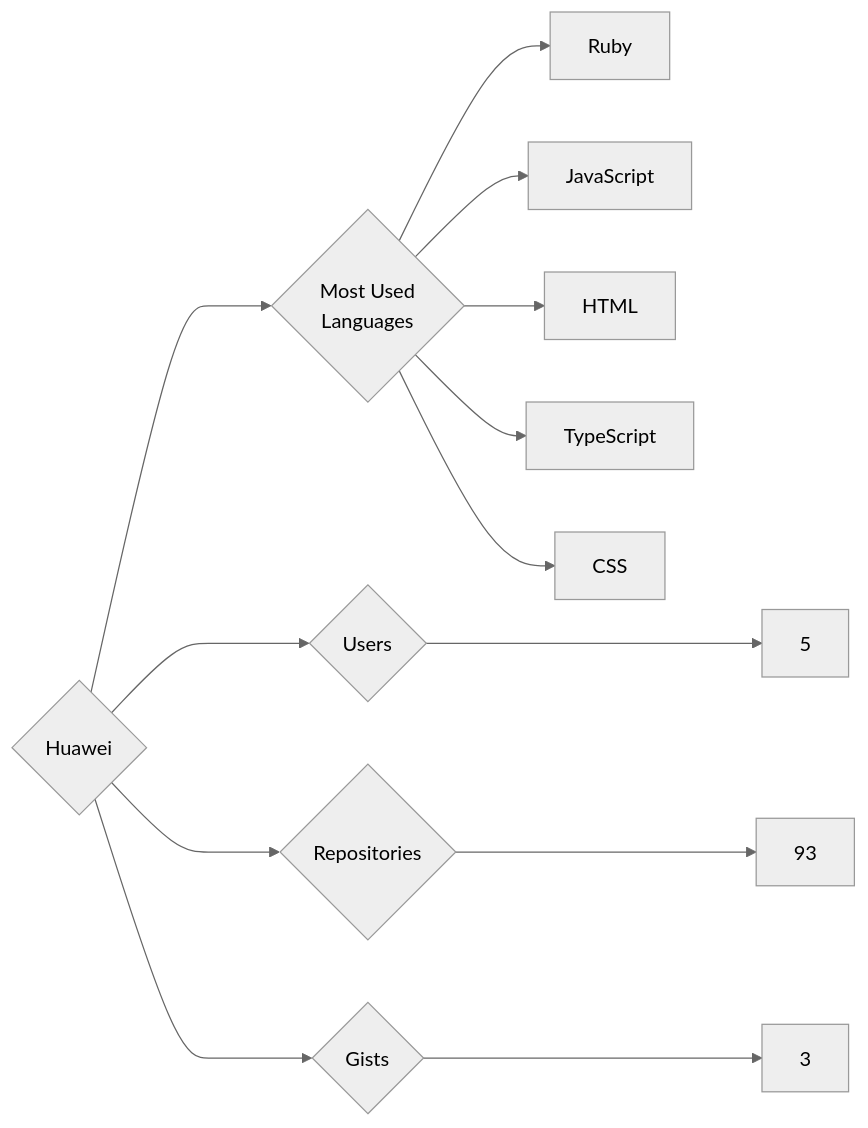
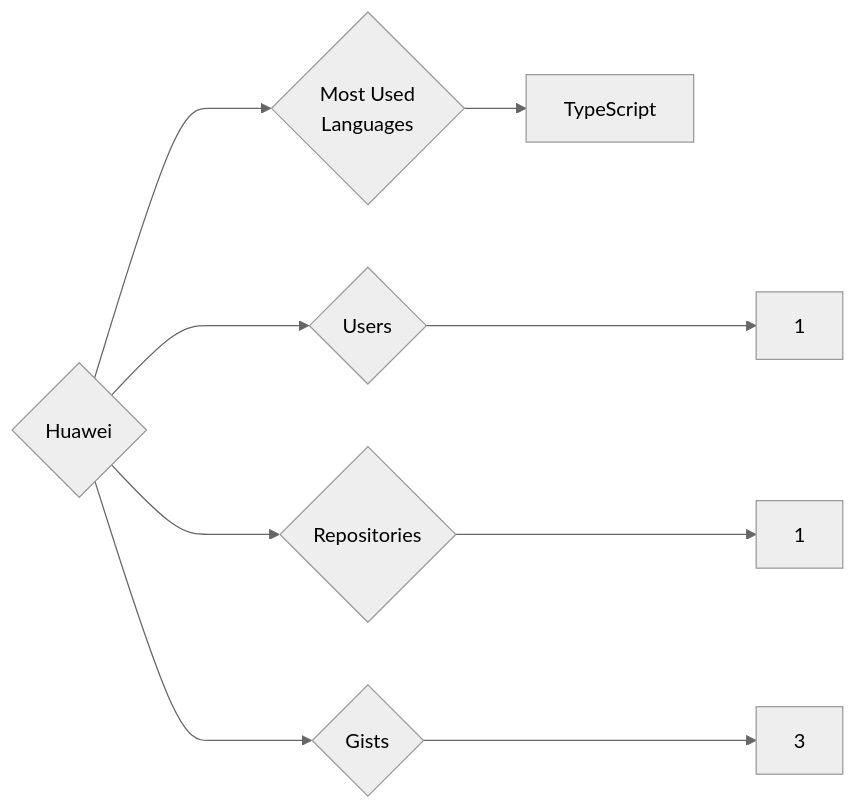
Before and after one commit to trickest/insiders: the diagram in targets/Huawei/README.md, drawn with Mermaid (neutral theme). The commit also changed 1007 other files, not shown here.

````diff
--- a/targets/Huawei/README.md
+++ b/targets/Huawei/README.md
@@ -3,13 +3,9 @@
 ```mermaid
 graph LR
 COMPANY_NAME{Huawei}
-COMPANY_NAME ---> U{Users} ---> UN[5]
-COMPANY_NAME ---> R{Repositories} ---> RN[93]
+COMPANY_NAME ---> U{Users} ---> UN[1]
+COMPANY_NAME ---> R{Repositories} ---> RN[1]
 COMPANY_NAME ---> G{Gists} ---> GN[3]
 COMPANY_NAME ---> ML{Most Used<br>Languages}
-ML --> Ruby[Ruby]
-ML --> JavaScript[JavaScript]
-ML --> HTML[HTML]
 ML --> TypeScript[TypeScript]
-ML --> CSS[CSS]
 ```
````
